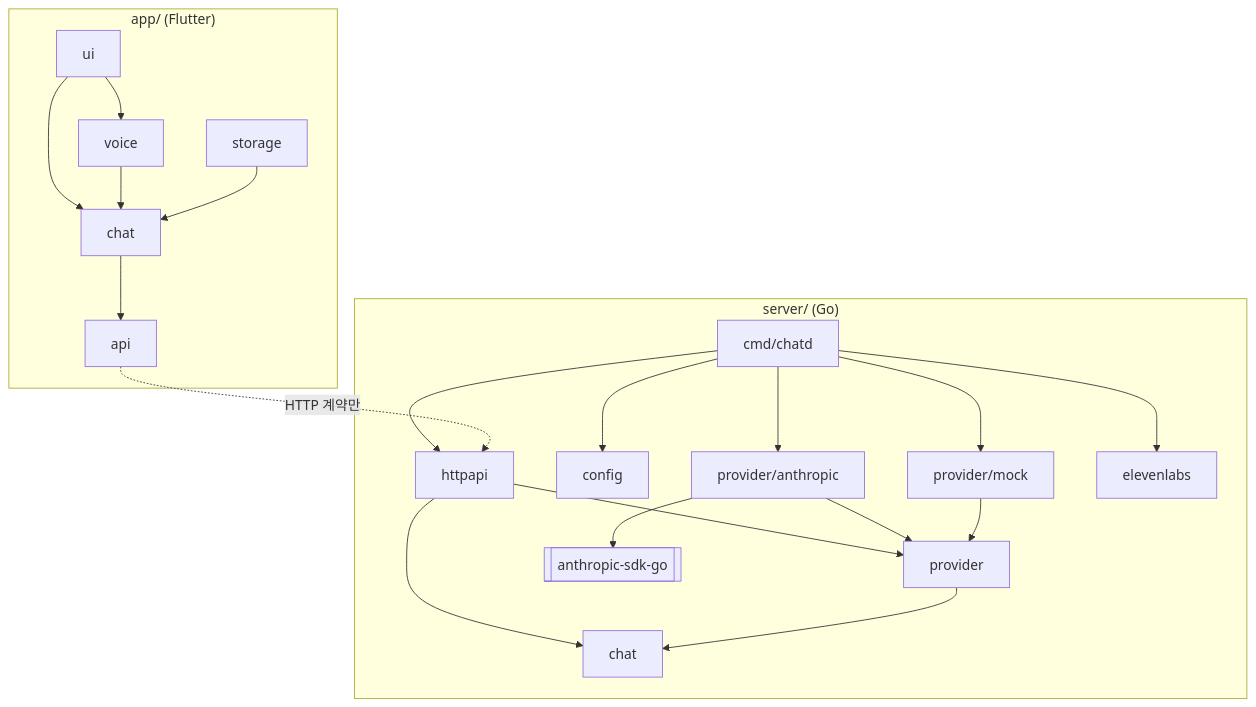
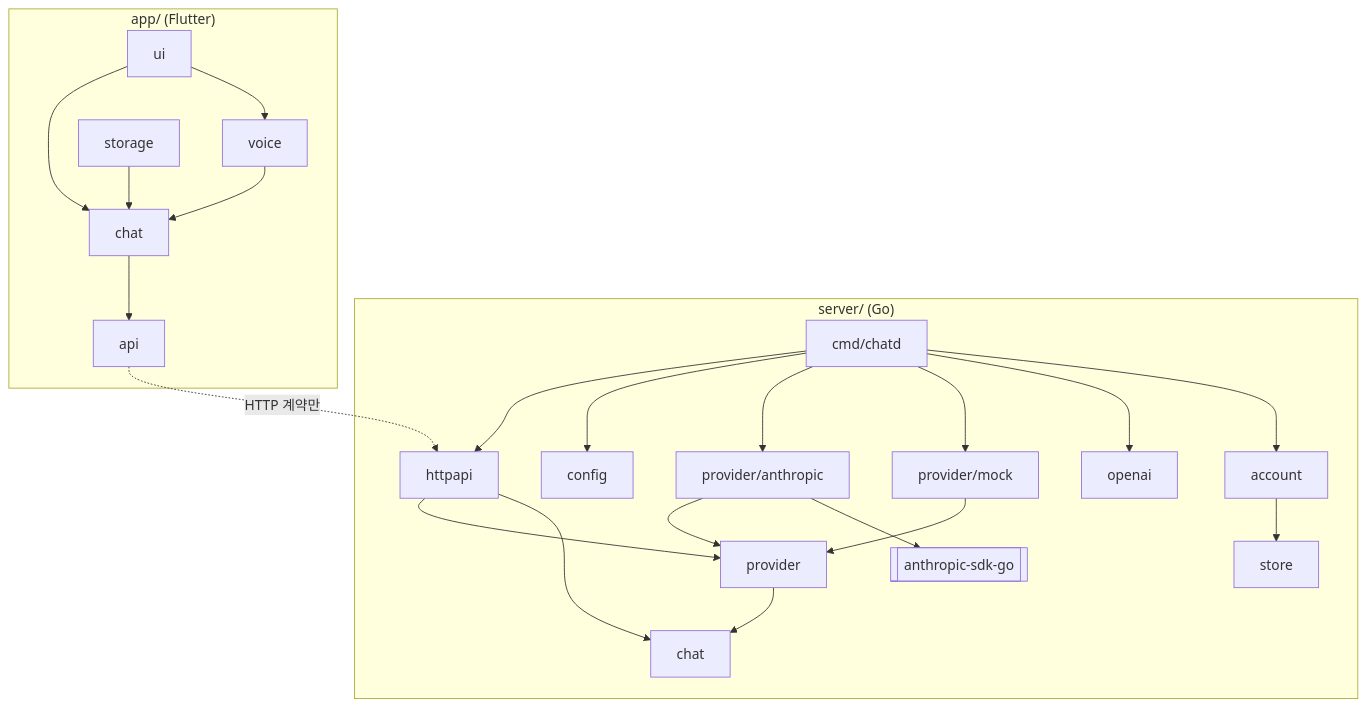
One commit to kimtaesung98/ai-agent-chat-demo changed the second of 7 diagrams in ARCHITECTURE.md. Above: the diagram before and after it, drawn with Mermaid. The commit also changed other lines of this file and 135 other files, not shown here.

````diff
--- a/ARCHITECTURE.md
+++ b/ARCHITECTURE.md
@@ -191,24 +185,25 @@
 ```mermaid
 flowchart TD
     subgraph Server ["server/ (Go)"]
         CMD[cmd/chatd] --> HTTP[httpapi]
         CMD --> CFG[config]
         CMD --> ANT[provider/anthropic]
         CMD --> MOCK[provider/mock]
         HTTP --> PROV[provider]
         HTTP --> CHAT[chat]
         ANT --> PROV
         MOCK --> PROV
         PROV --> CHAT
         ANT --> SDK[["anthropic-sdk-go"]]
-        CMD --> EL[elevenlabs]
+        CMD --> OAI[openai]
+        CMD --> ACC[account] --> ST[store]
     end
     subgraph App ["app/ (Flutter)"]
         UI[ui] --> CTRL[chat]
         UI --> VOICE[voice]
         VOICE --> CTRL
         STORE[storage] --> CTRL
         CTRL --> API[api]
     end
     API -.->|"HTTP 계약만"| HTTP
 ```
````
